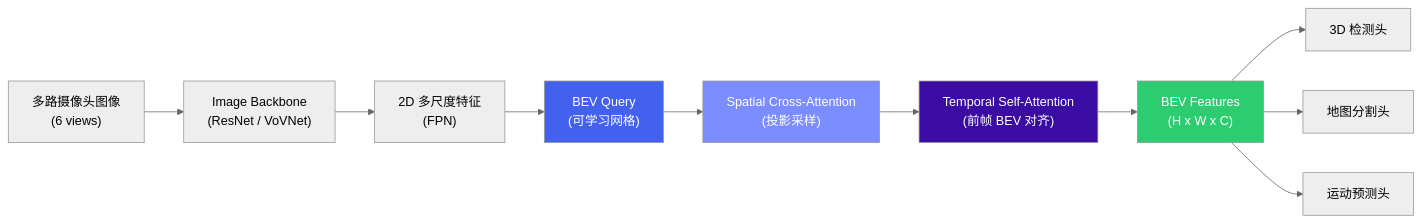
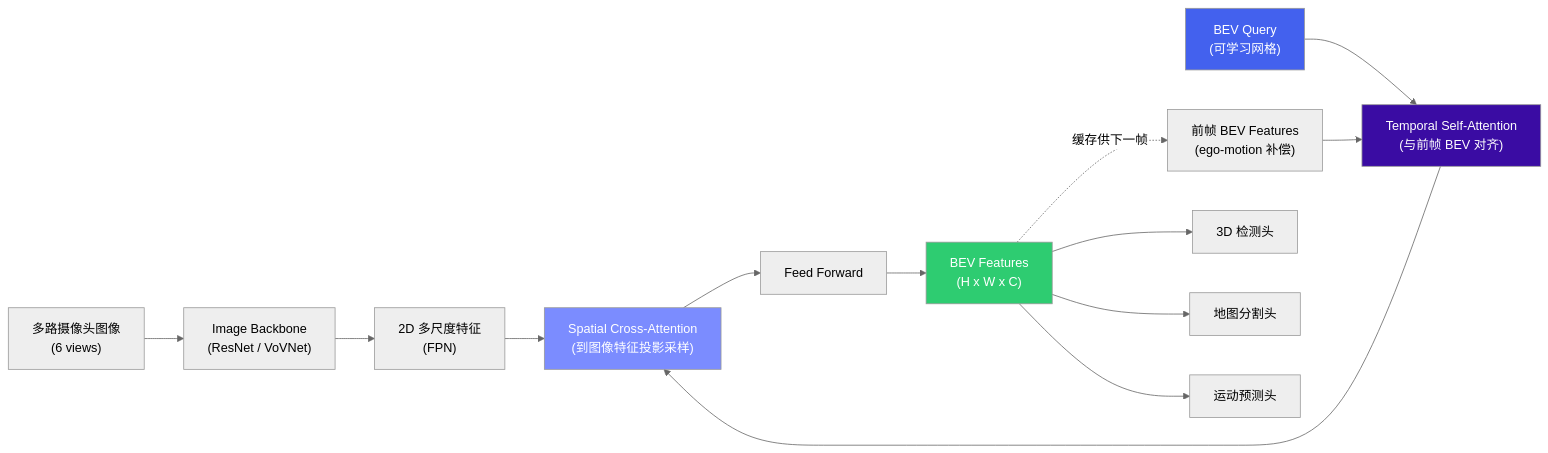
The first of 4 diagrams in ad/general/perception.md (ranpin/edge-ai-docs), drawn with Mermaid (neutral theme) before and after one commit. The commit also changed other lines of this file and 7 other files, not shown here.

````diff
--- a/ad/general/perception.md
+++ b/ad/general/perception.md
@@ -25,17 +37,20 @@
 ```mermaid
 flowchart LR
     A["多路摄像头图像<br/>(6 views)"] --> B["Image Backbone<br/>(ResNet / VoVNet)"]
     B --> C["2D 多尺度特征<br/>(FPN)"]
-    C --> D["BEV Query<br/>(可学习网格)"]
-    D --> E["Spatial Cross-Attention<br/>(投影采样)"]
-    E --> F["Temporal Self-Attention<br/>(前帧 BEV 对齐)"]
-    F --> G["BEV Features<br/>(H x W x C)"]
+    D["BEV Query<br/>(可学习网格)"] --> E["Temporal Self-Attention<br/>(与前帧 BEV 对齐)"]
+    P["前帧 BEV Features<br/>(ego-motion 补偿)"] --> E
+    E --> F["Spatial Cross-Attention<br/>(到图像特征投影采样)"]
+    C --> F
+    F --> Q["Feed Forward"]
+    Q --> G["BEV Features<br/>(H x W x C)"]
+    G -.缓存供下一帧.-> P
     G --> H1["3D 检测头"]
     G --> H2["地图分割头"]
     G --> H3["运动预测头"]
 
     style D fill:#4361ee,color:#fff
-    style E fill:#7b8cff,color:#fff
-    style F fill:#3a0ca3,color:#fff
+    style E fill:#3a0ca3,color:#fff
+    style F fill:#7b8cff,color:#fff
     style G fill:#2ecc71,color:#fff
 ```
````
